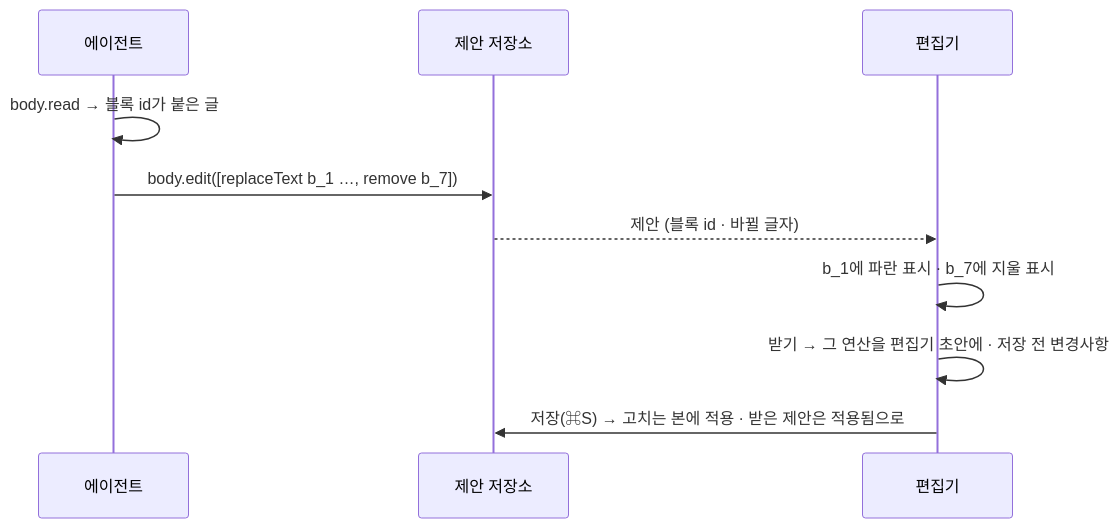
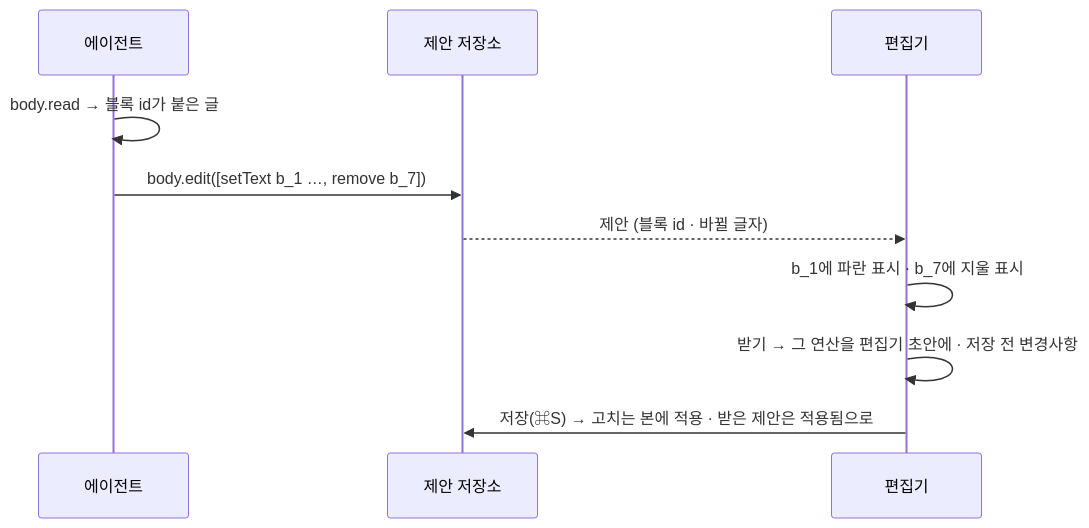
The fourth of 4 diagrams in docs/design/features/03-body-editor.md (monti-cms/monti), drawn with Mermaid before and after one commit. The commit also changed other lines of this file and 5 other files, not shown here.

Commit message:
docs: setText and tagged block text, one AI failure shape, small runs' tools

````diff
--- a/docs/design/features/03-body-editor.md
+++ b/docs/design/features/03-body-editor.md
@@ -178,13 +178,13 @@
 ```mermaid
 sequenceDiagram
   participant A as 에이전트
   participant R as 제안 저장소
   participant E as 편집기
 
   A->>A: body.read → 블록 id가 붙은 글
-  A->>R: body.edit([replaceText b_1 …, remove b_7])
+  A->>R: body.edit([setText b_1 …, remove b_7])
   R-->>E: 제안 (블록 id · 바뀔 글자)
   E->>E: b_1에 파란 표시 · b_7에 지울 표시
   E->>E: 받기 → 그 연산을 편집기 초안에 · 저장 전 변경사항
   E->>R: 저장(⌘S) → 고치는 본에 적용 · 받은 제안은 적용됨으로
 ```
````
